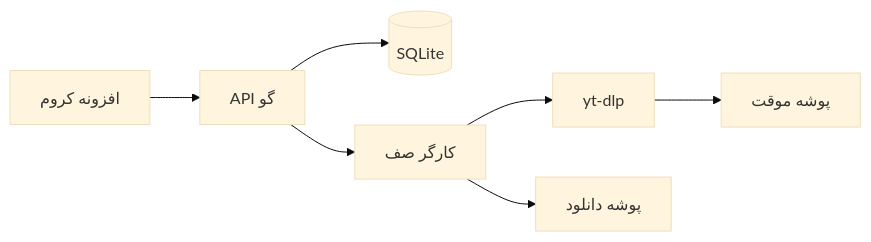
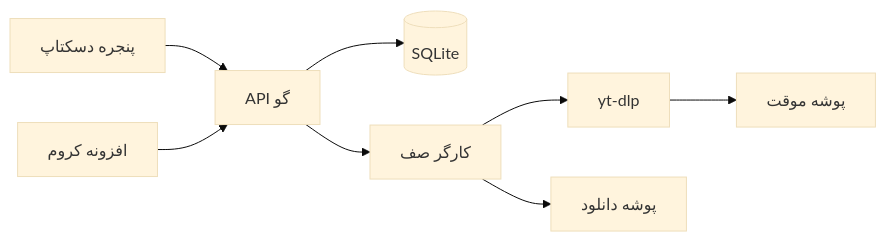
The diagram in README.fa.md (WhoisGray/youtube-gir), drawn with Mermaid (base theme) before and after one commit. The commit also changed other lines of this file and 20 other files, not shown here.

````diff
--- a/README.fa.md
+++ b/README.fa.md
@@ -15,9 +15,10 @@
 ```mermaid
 flowchart LR
-  ext[افزونه کروم] --> api[API گو]
+  gui[پنجره دسکتاپ] --> api[API گو]
+  ext[افزونه کروم] --> api
   api --> db[(SQLite)]
   api --> worker[کارگر صف]
   worker --> ytdlp[yt-dlp]
   ytdlp --> tmp[پوشه موقت]
   worker --> lib[پوشه دانلود]
 ```
````
